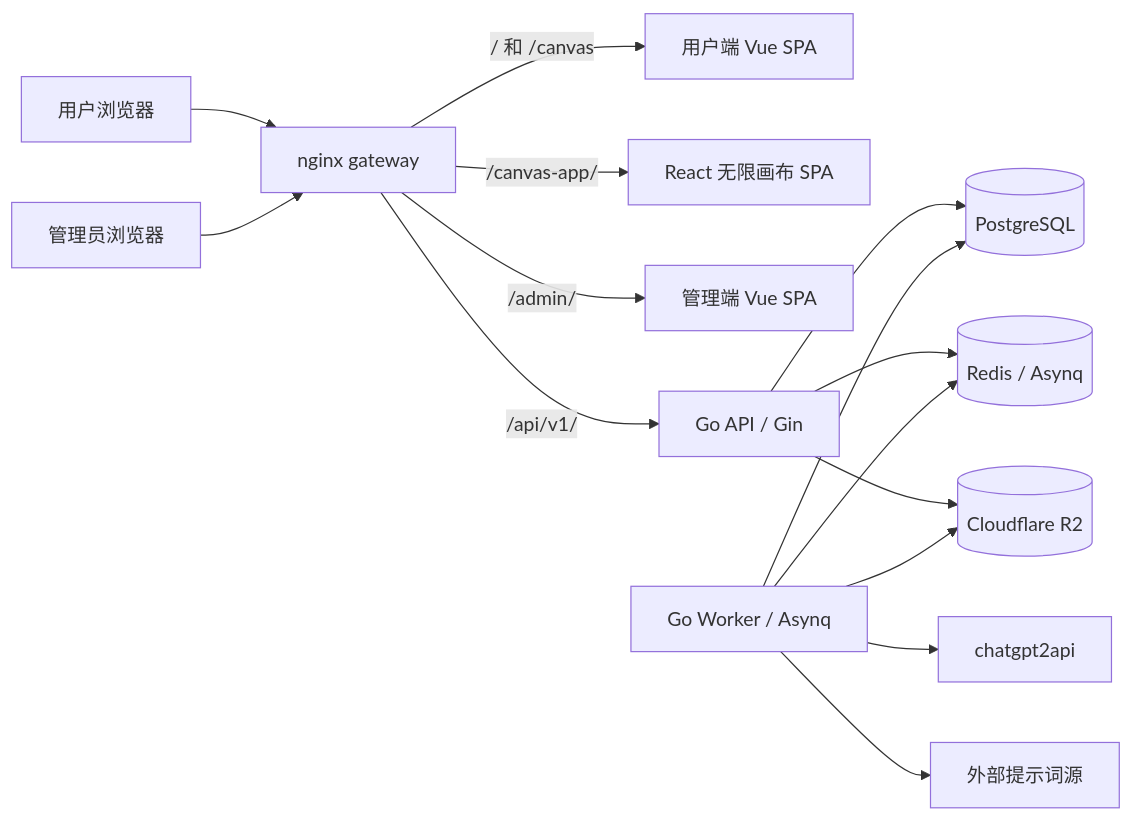
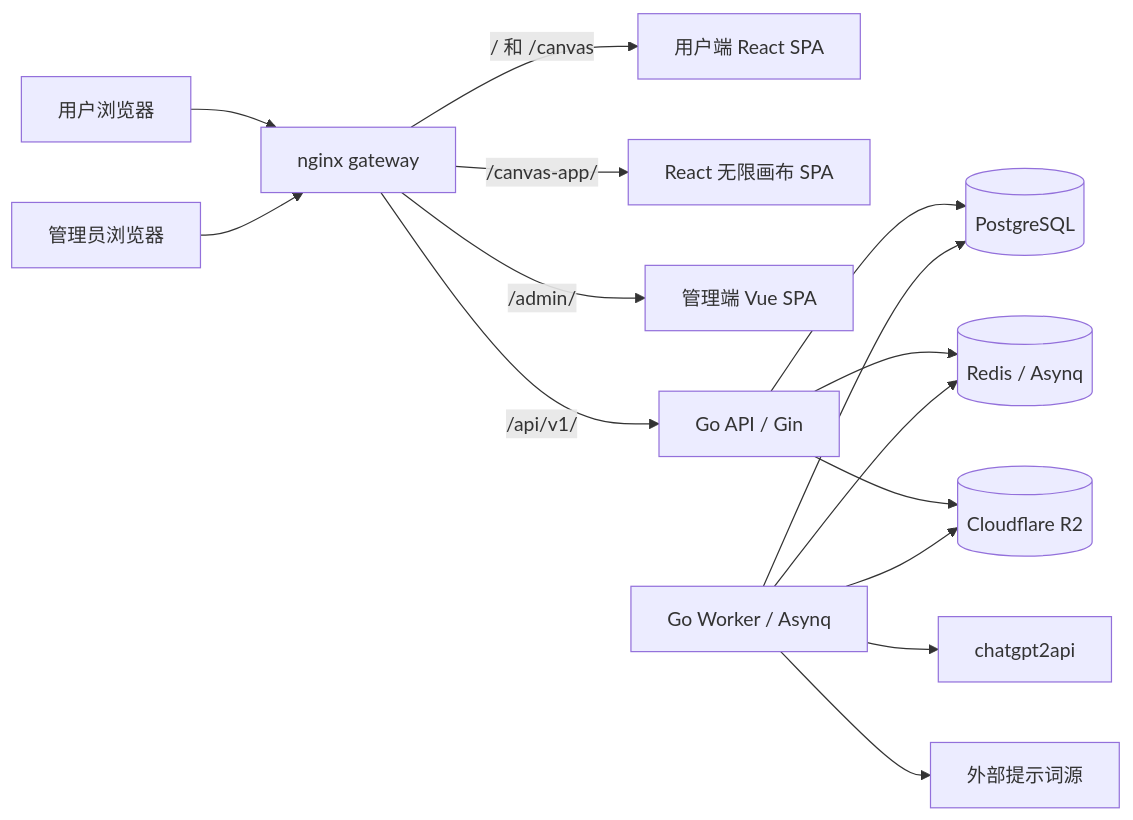
Before and after one commit to BlankLife886/startcloudsai: the first of 2 diagrams in docs/ARCHITECTURE.md, drawn with Mermaid. The commit also changed other lines of this file and 24 other files, not shown here.

````diff
--- a/docs/ARCHITECTURE.md
+++ b/docs/ARCHITECTURE.md
@@ -7,17 +7,17 @@
 ```mermaid
 flowchart LR
   U[用户浏览器] --> G[nginx gateway]
   A[管理员浏览器] --> G
-  G -->|/ 和 /canvas| W[用户端 Vue SPA]
+  G -->|/ 和 /canvas| W[用户端 React SPA]
   G -->|/canvas-app/| V[React 无限画布 SPA]
   G -->|/admin/| M[管理端 Vue SPA]
   G -->|/api/v1/| S[Go API / Gin]
   S --> P[(PostgreSQL)]
   S --> R[(Redis / Asynq)]
   S --> O[(Cloudflare R2)]
   K[Go Worker / Asynq] --> P
   K --> R
   K --> C[chatgpt2api]
   K --> O
   K --> X[外部提示词源]
 ```
````
